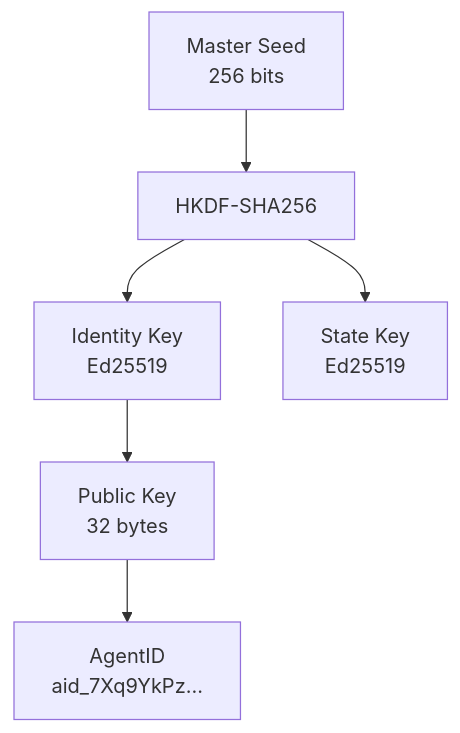
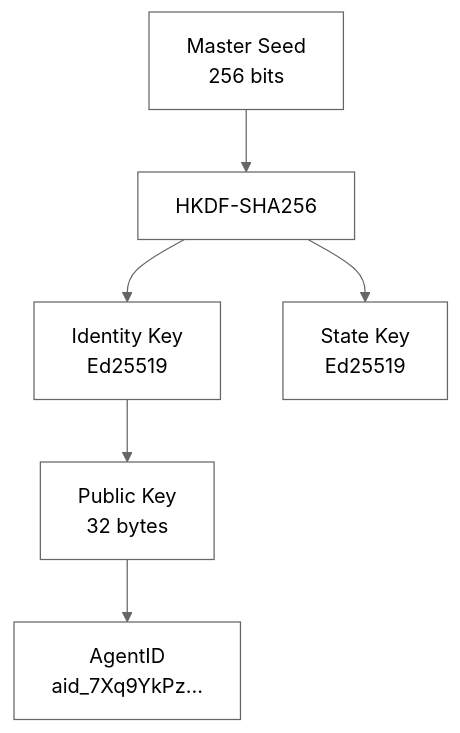
The third of 7 diagrams in README.md (trustorno/sigaid), drawn with Mermaid before and after one commit. The commit also changed other lines of this file, not shown here.

Commit message:
Transparent boxes in diagrams

````diff
--- a/README.md
+++ b/README.md
@@ -67,10 +93,18 @@
 ```mermaid
+%%{init: {'theme': 'neutral', 'themeVariables': { 'mainBkg': 'transparent'}}}%%
 graph TB
     Seed[Master Seed<br/>256 bits] --> HKDF[HKDF-SHA256]
 
     HKDF --> IK[Identity Key<br/>Ed25519]
     HKDF --> SK[State Key<br/>Ed25519]
 
     IK --> PK[Public Key<br/>32 bytes]
     PK --> AID[AgentID<br/>aid_7Xq9YkPz...]
+
+    style Seed fill:none,stroke:#666
+    style HKDF fill:none,stroke:#666
+    style IK fill:none,stroke:#666
+    style SK fill:none,stroke:#666
+    style PK fill:none,stroke:#666
+    style AID fill:none,stroke:#666
 ```
````
